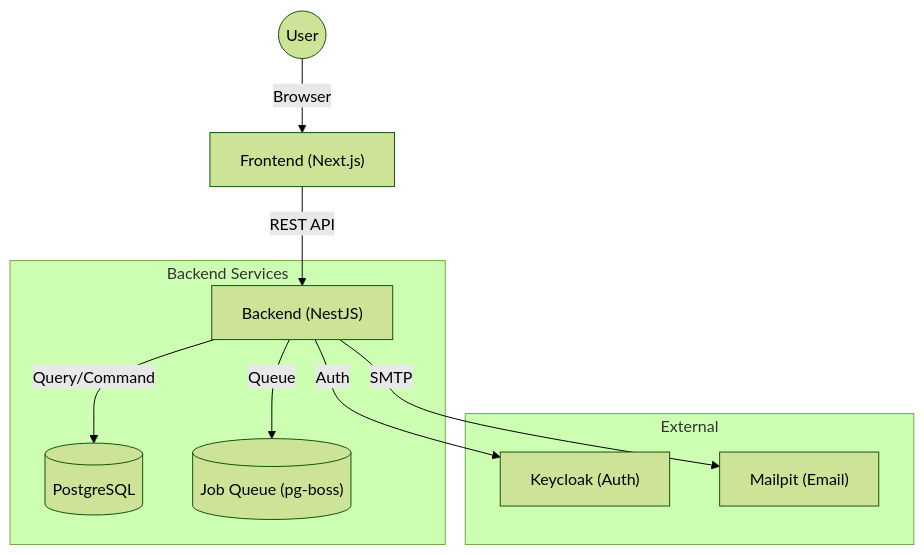
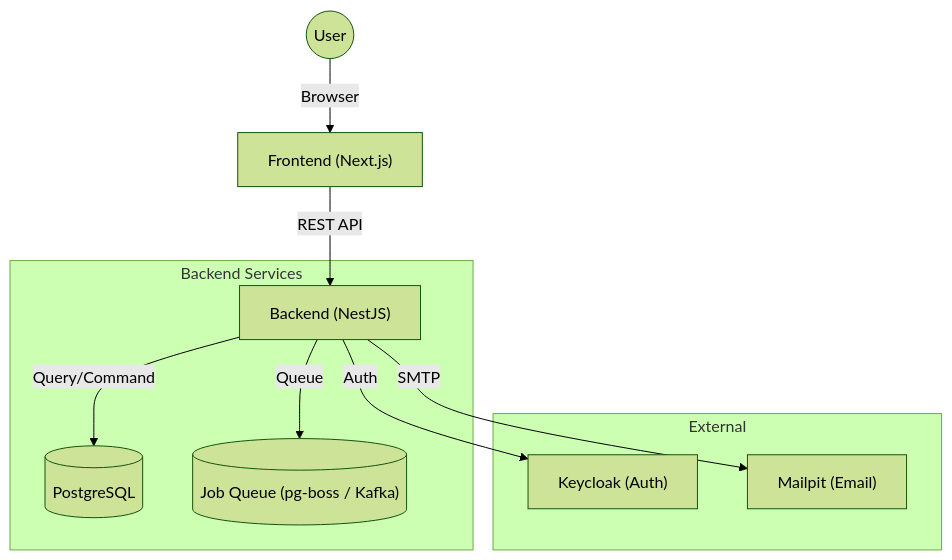
One commit to kenichi-33/flow-craft changed the diagram in README.md. Above: the diagram before and after it, drawn with Mermaid (forest theme). The commit also changed other lines of this file and 7 other files, not shown here.

````diff
--- a/README.md
+++ b/README.md
@@ -54,15 +54,15 @@
 ```mermaid
 graph TD
     User((User)) -->|Browser| Frontend["Frontend (Next.js)"]
     Frontend -->|REST API| Backend["Backend (NestJS)"]
     
     subgraph Backend Services
         Backend -->|Query/Command| DB[("PostgreSQL")]
-        Backend -->|Queue| PgBoss[("Job Queue (pg-boss)")]
+        Backend -->|Queue| Queue[("Job Queue (pg-boss / Kafka)")]
     end
     
     subgraph External
         Backend -->|Auth| Keycloak["Keycloak (Auth)"]
         Backend -->|SMTP| Mailpit["Mailpit (Email)"]
     end
 ```
````
